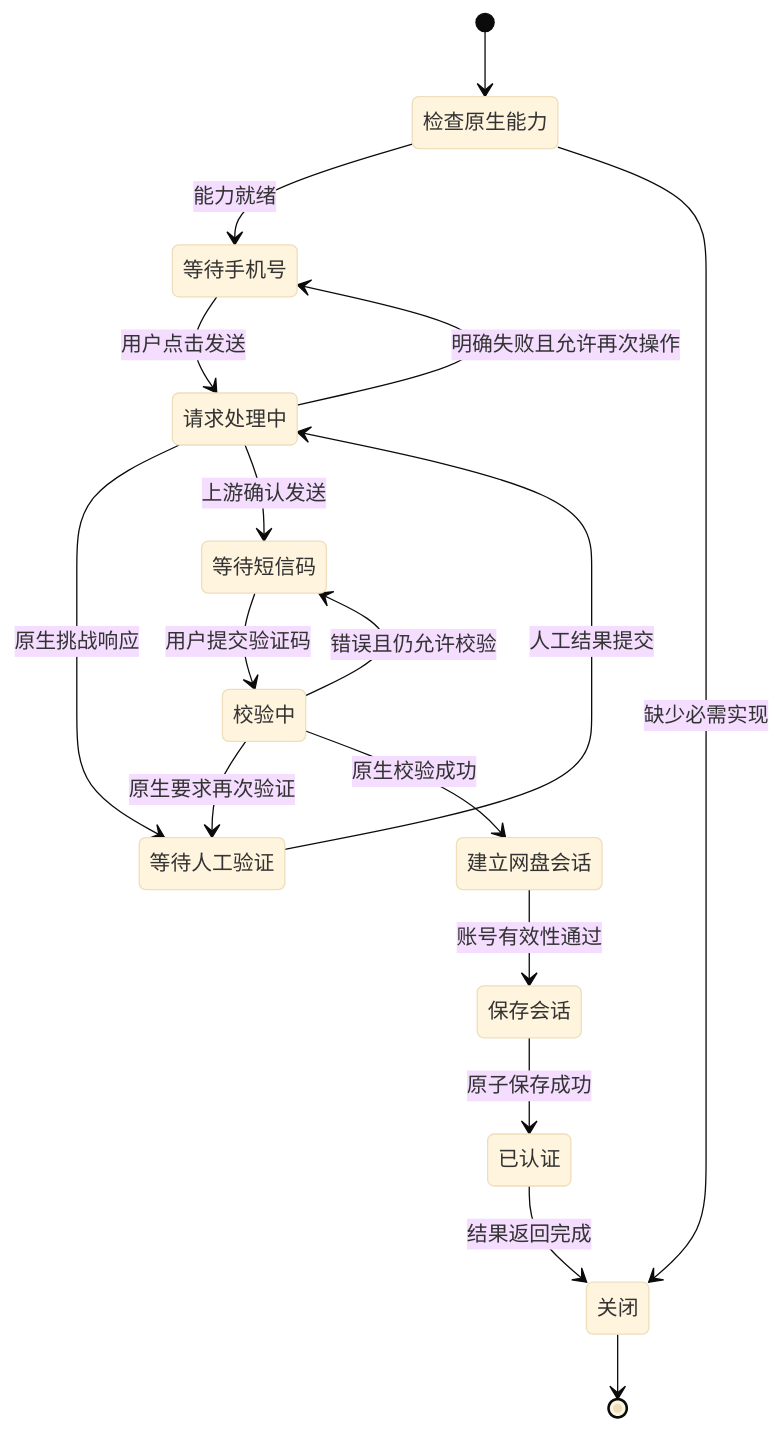
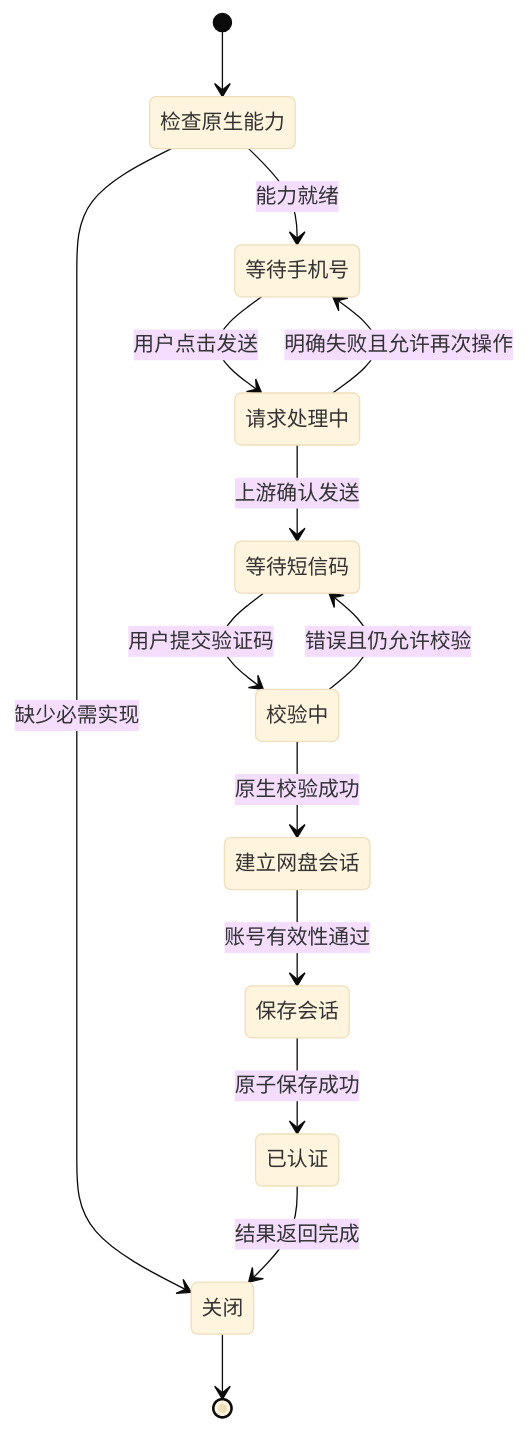
One commit to xiongyaun/quark-drive changed the second of 2 diagrams in docs/APK_NATIVE_SMS_ARCHITECTURE.md. Above: the diagram before and after it, drawn with Mermaid (base theme). The commit also changed other lines of this file, not shown here.

Commit message:
docs: remove unobserved safety challenge from primary login architecture

````diff
--- a/docs/APK_NATIVE_SMS_ARCHITECTURE.md
+++ b/docs/APK_NATIVE_SMS_ARCHITECTURE.md
@@ -64,19 +61,16 @@
 ```mermaid
 stateDiagram-v2
     [*] --> 检查原生能力
     检查原生能力 --> 等待手机号: 能力就绪
     检查原生能力 --> 关闭: 缺少必需实现
     等待手机号 --> 请求处理中: 用户点击发送
-    请求处理中 --> 等待人工验证: 原生挑战响应
-    等待人工验证 --> 请求处理中: 人工结果提交
     请求处理中 --> 等待短信码: 上游确认发送
     请求处理中 --> 等待手机号: 明确失败且允许再次操作
     等待短信码 --> 校验中: 用户提交验证码
     校验中 --> 等待短信码: 错误且仍允许校验
-    校验中 --> 等待人工验证: 原生要求再次验证
     校验中 --> 建立网盘会话: 原生校验成功
     建立网盘会话 --> 保存会话: 账号有效性通过
     保存会话 --> 已认证: 原子保存成功
     已认证 --> 关闭: 结果返回完成
     关闭 --> [*]
 ```
````
